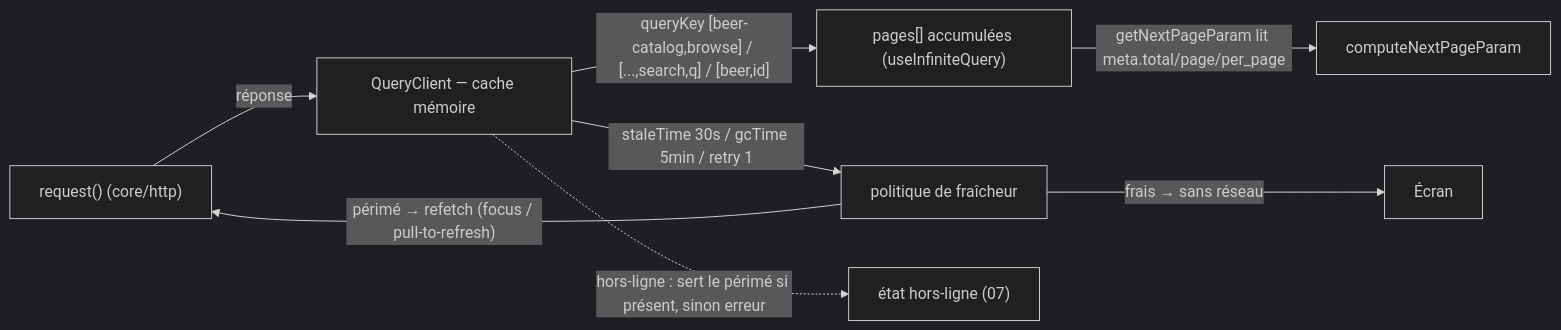
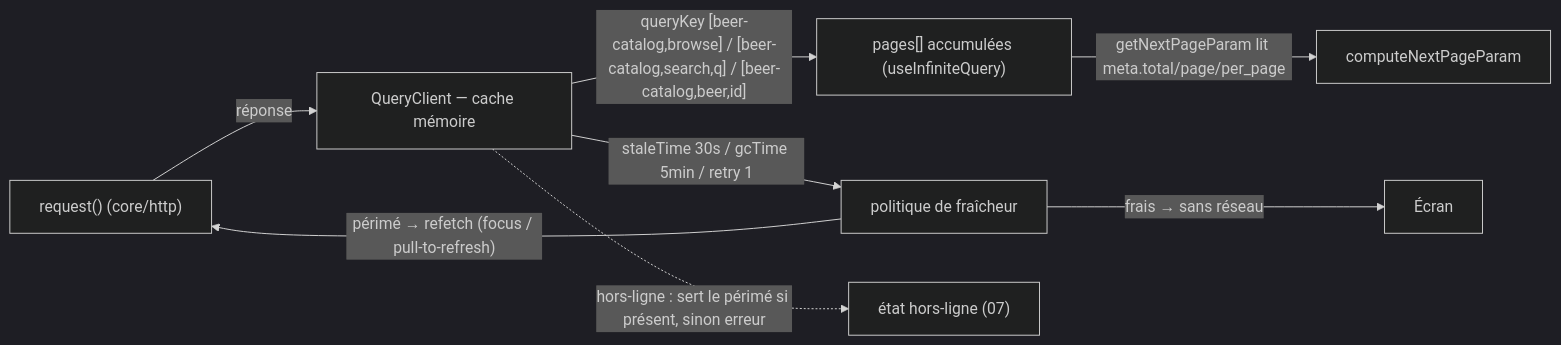
The second of 3 diagrams in docs/architecture/diagrams/mobile-catalog/11-data-flow.md (benoit-bremaud/brasse-bouillon), drawn with Mermaid (dark theme) before and after one commit. The commit also changed other lines of this file and 6 other files, not shown here.

````diff
--- a/docs/architecture/diagrams/mobile-catalog/11-data-flow.md
+++ b/docs/architecture/diagrams/mobile-catalog/11-data-flow.md
@@ -34,10 +34,10 @@
 ```mermaid
 flowchart LR
   Req["request() (core/http)"] -->|"réponse"| Cache["QueryClient — cache mémoire"]
-  Cache -->|"queryKey [beer-catalog,browse] / [...,search,q] / [beer,id]"| Pages["pages[] accumulées (useInfiniteQuery)"]
+  Cache -->|"queryKey [beer-catalog,browse] / [beer-catalog,search,q] / [beer-catalog,beer,id]"| Pages["pages[] accumulées (useInfiniteQuery)"]
   Cache -->|"staleTime 30s / gcTime 5min / retry 1"| Policy["politique de fraîcheur"]
   Policy -->|"frais → sans réseau"| Screen2["Écran"]
   Policy -->|"périmé → refetch (focus / pull-to-refresh)"| Req
   Cache -.->|"hors-ligne : sert le périmé si présent, sinon erreur"| Offline["état hors-ligne (07)"]
   Pages -->|"getNextPageParam lit meta.total/page/per_page"| NextParam["computeNextPageParam"]
 ```
````
